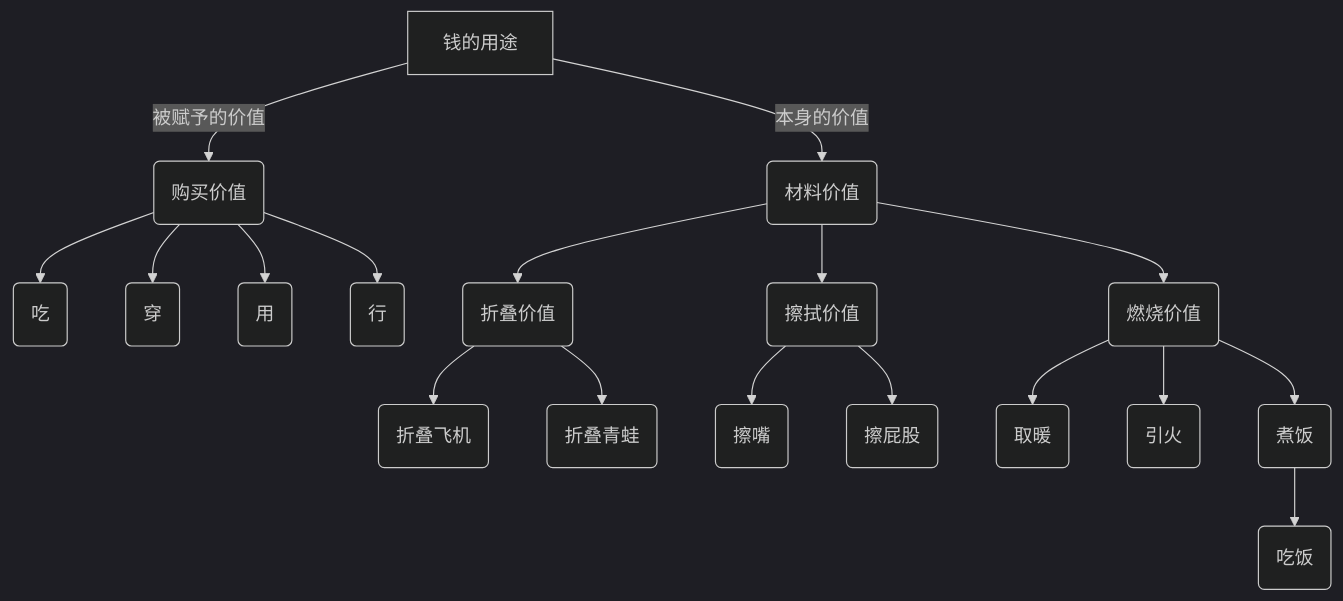
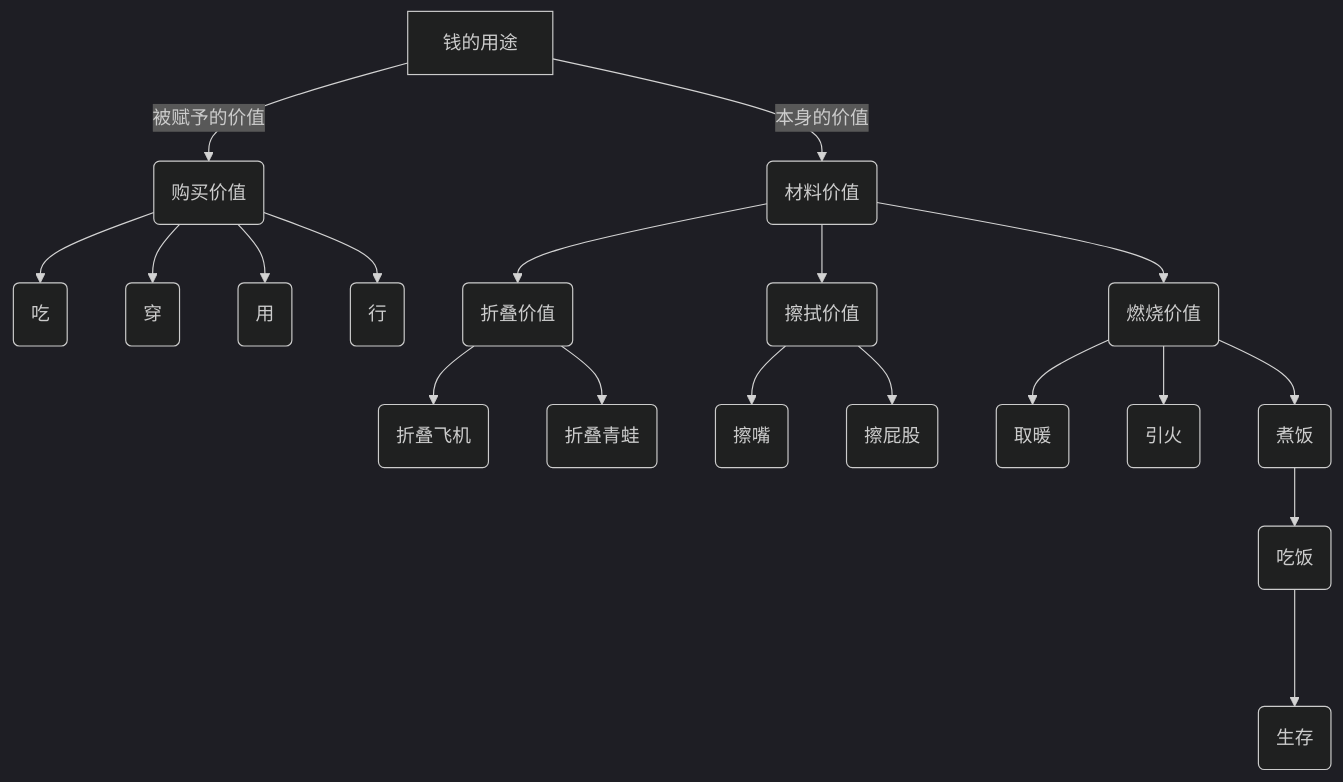
One commit to 1743294154/Project-Langfeng changed the diagram in 9.文档小正子/SiYuan笔记/读书笔记/七天学会思维导图.md. Above: the diagram before and after it, drawn with Mermaid (dark theme). The commit also changed other lines of this file and 6 other files, not shown here.

````diff
--- a/9.文档小正子/SiYuan笔记/读书笔记/七天学会思维导图.md
+++ b/9.文档小正子/SiYuan笔记/读书笔记/七天学会思维导图.md
@@ -23,19 +23,21 @@
 ```mermaid
 graph TD
 A[钱的用途] --被赋予的价值-->B(购买价值)-->D(吃)
 B-->E(穿)
 B-->F(用)
 B-->G(行)
 A--本身的价值-->c(材料价值)
 c-->d(折叠价值)-->e(折叠飞机)
 d-->f(折叠青蛙)
 c-->h(擦拭价值)-->i(擦嘴)
 h-->j(擦屁股)
 c-->k(燃烧价值)-->l(取暖)
 k-->m(引火)
 k-->n(煮饭)
-n-->9(吃饭)
+n-->o(吃饭)
+o-->p(生存)
+
 
 
 
 ```
````
